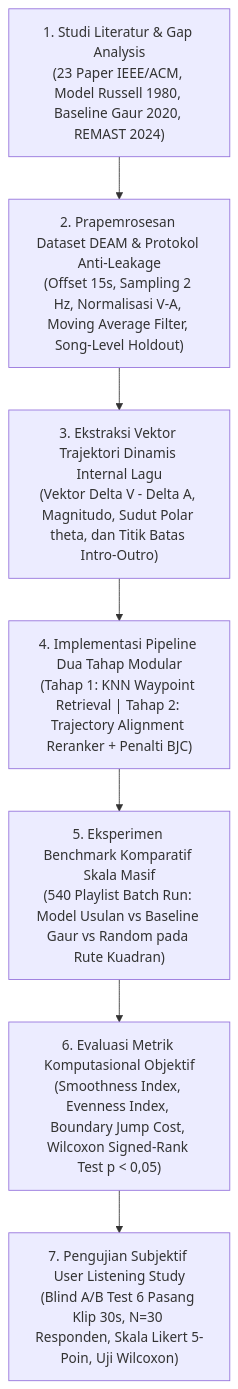
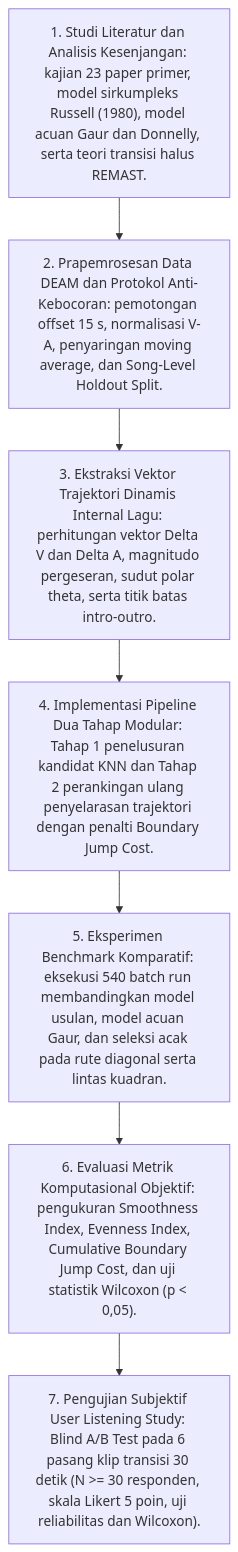
Before and after one commit to cengkooo/Catatan-Logs-TA: the diagram in 06-Naskah-Draft/02-Skenario-Dual-Evaluation-User-Study/Bab-3-Metodologi.md, drawn with Mermaid. The commit also changed other lines of this file and 3 other files, not shown here.

````diff
--- a/06-Naskah-Draft/02-Skenario-Dual-Evaluation-User-Study/Bab-3-Metodologi.md
+++ b/06-Naskah-Draft/02-Skenario-Dual-Evaluation-User-Study/Bab-3-Metodologi.md
@@ -26,9 +22,9 @@
 ```mermaid
 flowchart TD
-    A["1. Studi Literatur & Gap Analysis<br/>(23 Paper IEEE/ACM, Model Russell 1980, Baseline Gaur 2020, REMAST 2024)"] --> B["2. Prapemrosesan Dataset DEAM & Protokol Anti-Leakage<br/>(Offset 15s, Sampling 2 Hz, Normalisasi V-A, Moving Average Filter, Song-Level Holdout)"]
-    B --> C["3. Ekstraksi Vektor Trajektori Dinamis Internal Lagu<br/>(Vektor Delta V - Delta A, Magnitudo, Sudut Polar theta, dan Titik Batas Intro-Outro)"]
-    C --> D["4. Implementasi Pipeline Dua Tahap Modular<br/>(Tahap 1: KNN Waypoint Retrieval | Tahap 2: Trajectory Alignment Reranker + Penalti BJC)"]
-    D --> E["5. Eksperimen Benchmark Komparatif Skala Masif<br/>(540 Playlist Batch Run: Model Usulan vs Baseline Gaur vs Random pada Rute Kuadran)"]
-    E --> F["6. Evaluasi Metrik Komputasional Objektif<br/>(Smoothness Index, Evenness Index, Boundary Jump Cost, Wilcoxon Signed-Rank Test p < 0,05)"]
-    F --> G["7. Pengujian Subjektif User Listening Study<br/>(Blind A/B Test 6 Pasang Klip 30s, N=30 Responden, Skala Likert 5-Poin, Uji Wilcoxon)"]
+    A["1. Studi Literatur dan Analisis Kesenjangan: kajian 23 paper primer, model sirkumpleks Russell (1980), model acuan Gaur dan Donnelly, serta teori transisi halus REMAST."] --> B["2. Prapemrosesan Data DEAM dan Protokol Anti-Kebocoran: pemotongan offset 15 s, normalisasi V-A, penyaringan moving average, dan Song-Level Holdout Split."]
+    B --> C["3. Ekstraksi Vektor Trajektori Dinamis Internal Lagu: perhitungan vektor Delta V dan Delta A, magnitudo pergeseran, sudut polar theta, serta titik batas intro-outro."]
+    C --> D["4. Implementasi Pipeline Dua Tahap Modular: Tahap 1 penelusuran kandidat KNN dan Tahap 2 perankingan ulang penyelarasan trajektori dengan penalti Boundary Jump Cost."]
+    D --> E["5. Eksperimen Benchmark Komparatif: eksekusi 540 batch run membandingkan model usulan, model acuan Gaur, dan seleksi acak pada rute diagonal serta lintas kuadran."]
+    E --> F["6. Evaluasi Metrik Komputasional Objektif: pengukuran Smoothness Index, Evenness Index, Cumulative Boundary Jump Cost, dan uji statistik Wilcoxon (p < 0,05)."]
+    F --> G["7. Pengujian Subjektif User Listening Study: Blind A/B Test pada 6 pasang klip transisi 30 detik (N >= 30 responden, skala Likert 5 poin, uji reliabilitas dan Wilcoxon)."]
 ```
````
